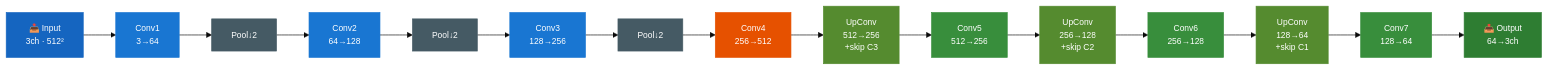
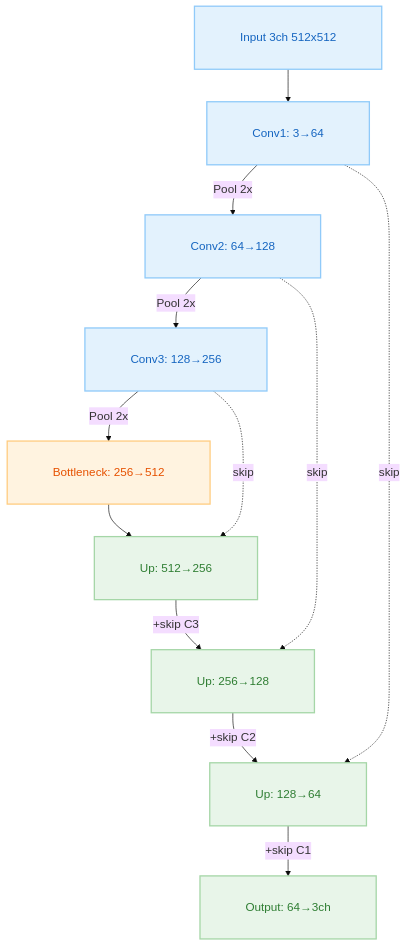
One commit to buttegggggggg/buttegggggggg.github.io changed the third of 4 diagrams in DL.qmd. Above: the diagram before and after it, drawn with Mermaid. The commit also changed other lines of this file and 79 other files, not shown here.

````diff
--- a/DL.qmd
+++ b/DL.qmd
@@ -335,35 +330,26 @@
 ```{mermaid}
-%%{init: {"theme": "base", "themeVariables": {"fontSize": "13px"}}}%%
-flowchart LR
-    IN["📥 Input<br/>3ch · 512²"]
-    C1["Conv1<br/>3→64"] --> P1["Pool↓2"]
-    P1 --> C2["Conv2<br/>64→128"] --> P2["Pool↓2"]
-    P2 --> C3["Conv3<br/>128→256"] --> P3["Pool↓2"]
-    P3 --> C4["Conv4<br/>256→512"]
+%%{init: {"theme": "base", "themeVariables": {"fontSize": "18px"}, "flowchart": {"padding": 35}}}%%
+flowchart TD
+    IN["Input 3ch 512x512     "] --> C1["Conv1: 3→64     "]
+    C1 -->|Pool 2x| C2["Conv2: 64→128     "]
+    C2 -->|Pool 2x| C3["Conv3: 128→256     "]
+    C3 -->|Pool 2x| C4["Bottleneck: 256→512     "]
+    C4 --> U1["Up: 512→256     "]
+    U1 -->|+skip C3| U2["Up: 256→128     "]
+    U2 -->|+skip C2| U3["Up: 128→64     "]
+    U3 -->|+skip C1| OUT["Output: 64→3ch     "]
 
-    C4 --> U1["UpConv<br/>512→256<br/>+skip C3"]
-    U1 --> D1["Conv5<br/>512→256"]
-    D1 --> U2["UpConv<br/>256→128<br/>+skip C2"]
-    U2 --> D2["Conv6<br/>256→128"]
-    D2 --> U3["UpConv<br/>128→64<br/>+skip C1"]
-    U3 --> D3["Conv7<br/>128→64"]
-    D3 --> OUT["📤 Output<br/>64→3ch"]
+    C3 -.->|"skip"| U1
+    C2 -.->|"skip"| U2
+    C1 -.->|"skip"| U3
 
-    IN --> C1
-
-    style IN  fill:#1565C0,color:#fff,stroke:#1565C0
-    style C1  fill:#1976D2,color:#fff,stroke:#1976D2
-    style P1  fill:#455A64,color:#fff,stroke:#455A64
-    style C2  fill:#1976D2,color:#fff,stroke:#1976D2
-    style P2  fill:#455A64,color:#fff,stroke:#455A64
-    style C3  fill:#1976D2,color:#fff,stroke:#1976D2
-    style P3  fill:#455A64,color:#fff,stroke:#455A64
-    style C4  fill:#E65100,color:#fff,stroke:#E65100
-    style U1  fill:#558B2F,color:#fff,stroke:#558B2F
-    style D1  fill:#388E3C,color:#fff,stroke:#388E3C
-    style U2  fill:#558B2F,color:#fff,stroke:#558B2F
-    style D2  fill:#388E3C,color:#fff,stroke:#388E3C
-    style U3  fill:#558B2F,color:#fff,stroke:#558B2F
-    style D3  fill:#388E3C,color:#fff,stroke:#388E3C
-    style OUT fill:#2E7D32,color:#fff,stroke:#2E7D32
+    style IN  fill:#E3F2FD,color:#1565C0,stroke:#90CAF9,stroke-width:2px
+    style C1  fill:#E3F2FD,color:#1565C0,stroke:#90CAF9,stroke-width:2px
+    style C2  fill:#E3F2FD,color:#1565C0,stroke:#90CAF9,stroke-width:2px
+    style C3  fill:#E3F2FD,color:#1565C0,stroke:#90CAF9,stroke-width:2px
+    style C4  fill:#FFF3E0,color:#E65100,stroke:#FFCC80,stroke-width:2px
+    style U1  fill:#E8F5E9,color:#2E7D32,stroke:#A5D6A7,stroke-width:2px
+    style U2  fill:#E8F5E9,color:#2E7D32,stroke:#A5D6A7,stroke-width:2px
+    style U3  fill:#E8F5E9,color:#2E7D32,stroke:#A5D6A7,stroke-width:2px
+    style OUT fill:#E8F5E9,color:#2E7D32,stroke:#A5D6A7,stroke-width:2px
 ```
````
